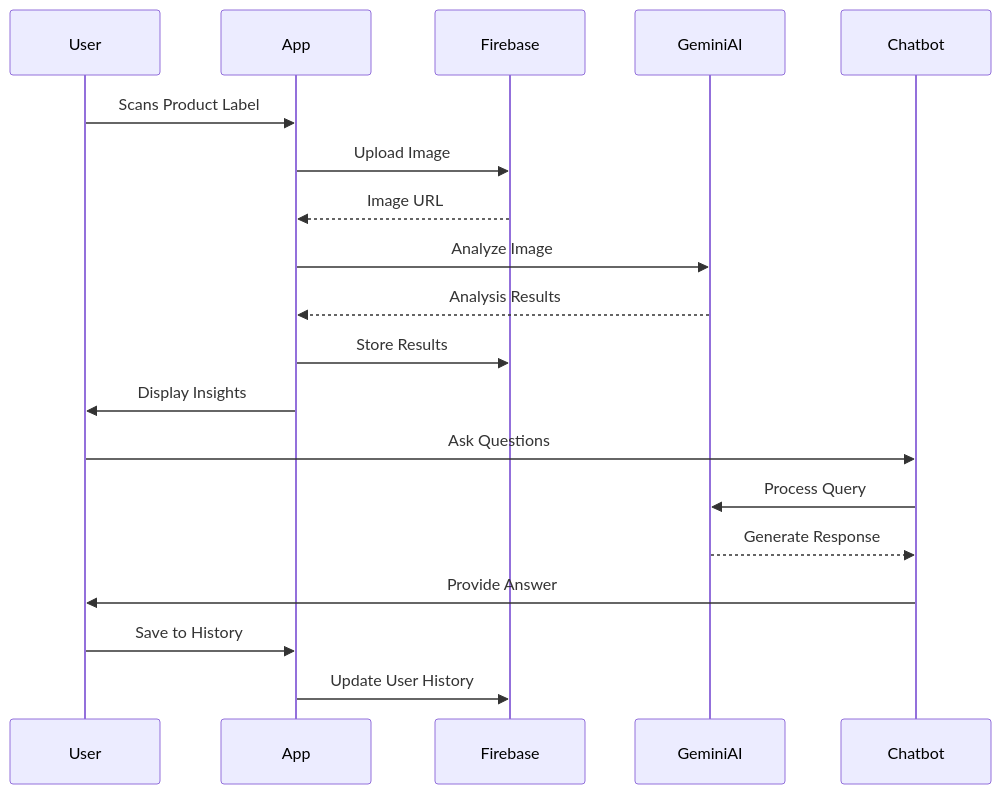
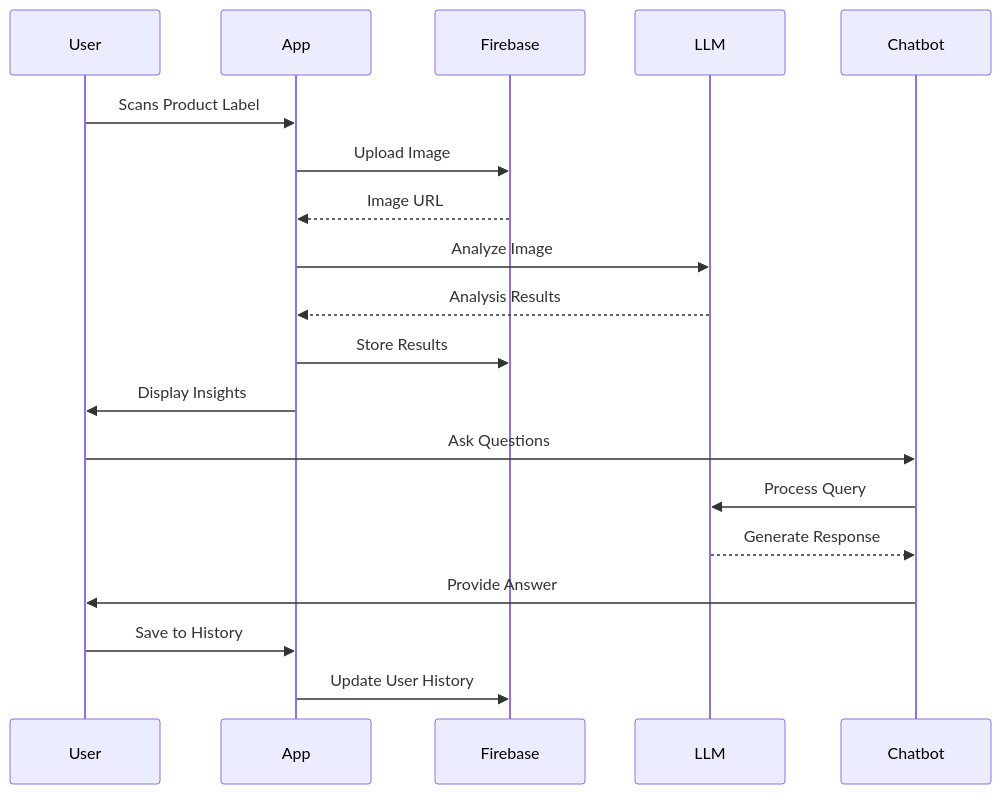
The second of 2 diagrams in README.md (muhammedashharps/scan-the-lie), drawn with Mermaid before and after one commit.

````diff
--- a/README.md
+++ b/README.md
@@ -90,22 +90,22 @@
 ```mermaid
 sequenceDiagram
     participant User
     participant App
     participant Firebase
-    participant GeminiAI
+    participant LLM
     participant Chatbot
 
     User->>App: Scans Product Label
     App->>Firebase: Upload Image
     Firebase-->>App: Image URL
-    App->>GeminiAI: Analyze Image
-    GeminiAI-->>App: Analysis Results
+    App->>LLM: Analyze Image
+    LLM-->>App: Analysis Results
     App->>Firebase: Store Results
     App->>User: Display Insights
     User->>Chatbot: Ask Questions
-    Chatbot->>GeminiAI: Process Query
-    GeminiAI-->>Chatbot: Generate Response
+    Chatbot->>LLM: Process Query
+    LLM-->>Chatbot: Generate Response
     Chatbot->>User: Provide Answer
     User->>App: Save to History
     App->>Firebase: Update User History
 ```
````
